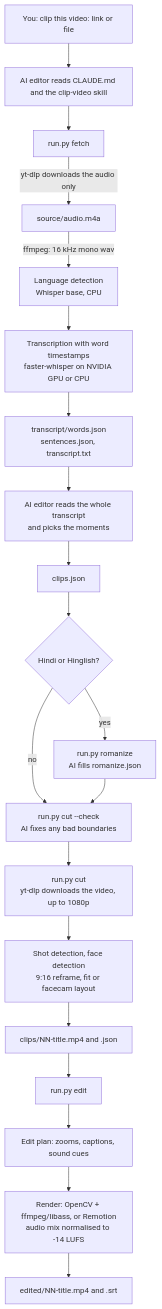
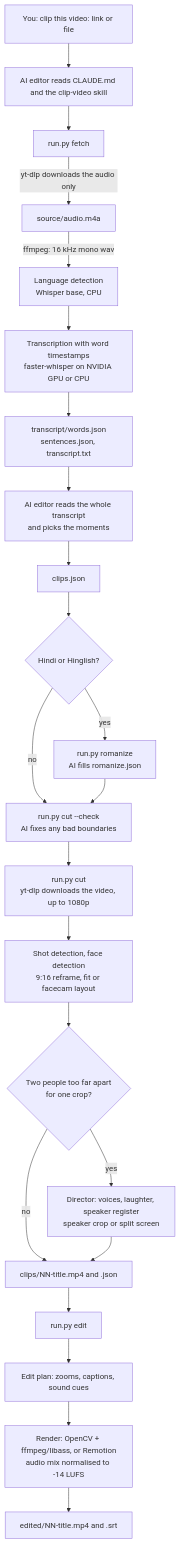
One commit to allthingsaman/ClipKaro changed the diagram in docs/architecture.md. Above: the diagram before and after it, drawn with Mermaid. The commit also changed other lines of this file and 29 other files, not shown here.

````diff
--- a/docs/architecture.md
+++ b/docs/architecture.md
@@ -60,22 +60,25 @@
 ```mermaid
 flowchart TD
     U["You: clip this video: link or file"] --> A["AI editor reads CLAUDE.md and the clip-video skill"]
     A --> F["run.py fetch"]
     F -->|"yt-dlp downloads the audio only"| AU["source/audio.m4a"]
     AU -->|"ffmpeg: 16 kHz mono wav"| LD["Language detection<br/>Whisper base, CPU"]
     LD --> TR["Transcription with word timestamps<br/>faster-whisper on NVIDIA GPU or CPU"]
     TR --> TX["transcript/words.json<br/>sentences.json, transcript.txt"]
     TX --> PICK["AI editor reads the whole transcript<br/>and picks the moments"]
     PICK --> CJ["clips.json"]
     CJ --> HQ{"Hindi or Hinglish?"}
     HQ -->|yes| RO["run.py romanize<br/>AI fills romanize.json"]
     HQ -->|no| CK
     RO --> CK["run.py cut --check<br/>AI fixes any bad boundaries"]
     CK --> CUT["run.py cut<br/>yt-dlp downloads the video, up to 1080p"]
     CUT --> RF["Shot detection, face detection<br/>9:16 reframe, fit or facecam layout"]
-    RF --> CL["clips/NN-title.mp4 and .json"]
+    RF --> TWO{"Two people too far apart<br/>for one crop?"}
+    TWO -->|yes| DIR["Director: voices, laughter, speaker register<br/>speaker crop or split screen"]
+    TWO -->|no| CL
+    DIR --> CL["clips/NN-title.mp4 and .json"]
     CL --> ED["run.py edit"]
     ED --> PL["Edit plan: zooms, captions, sound cues"]
     PL --> RD["Render: OpenCV + ffmpeg/libass, or Remotion<br/>audio mix normalised to -14 LUFS"]
     RD --> OUT["edited/NN-title.mp4 and .srt"]
 ```
````
